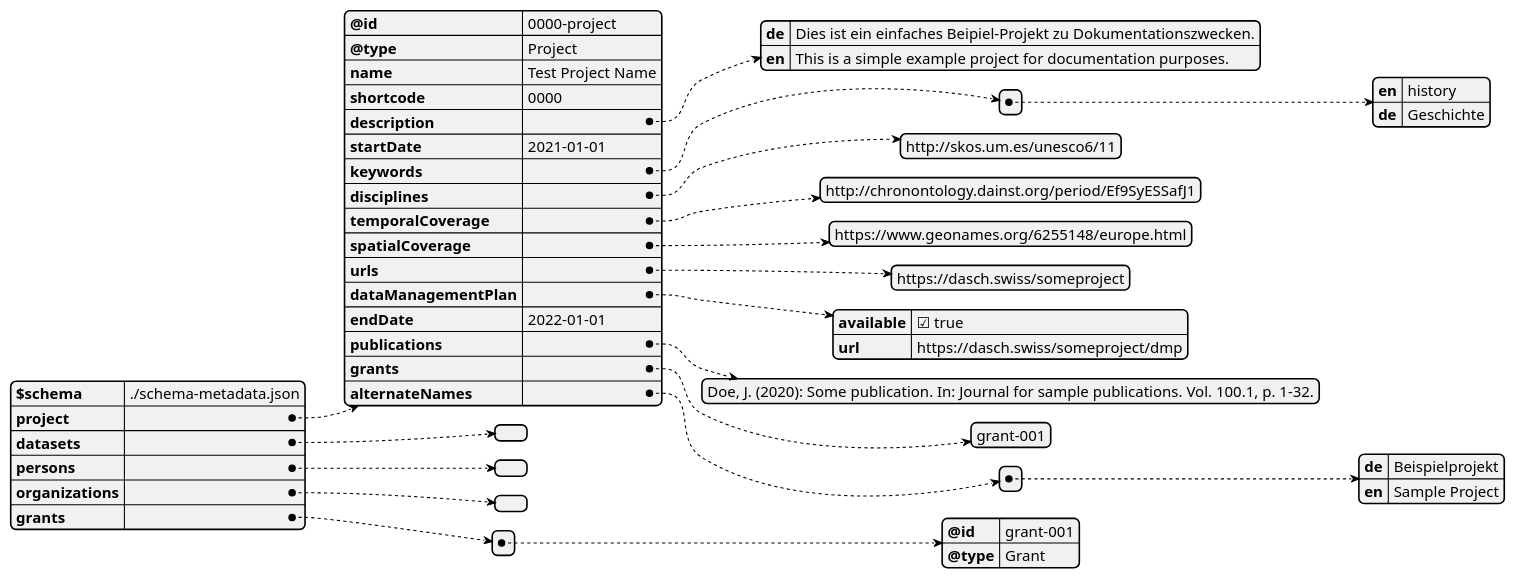
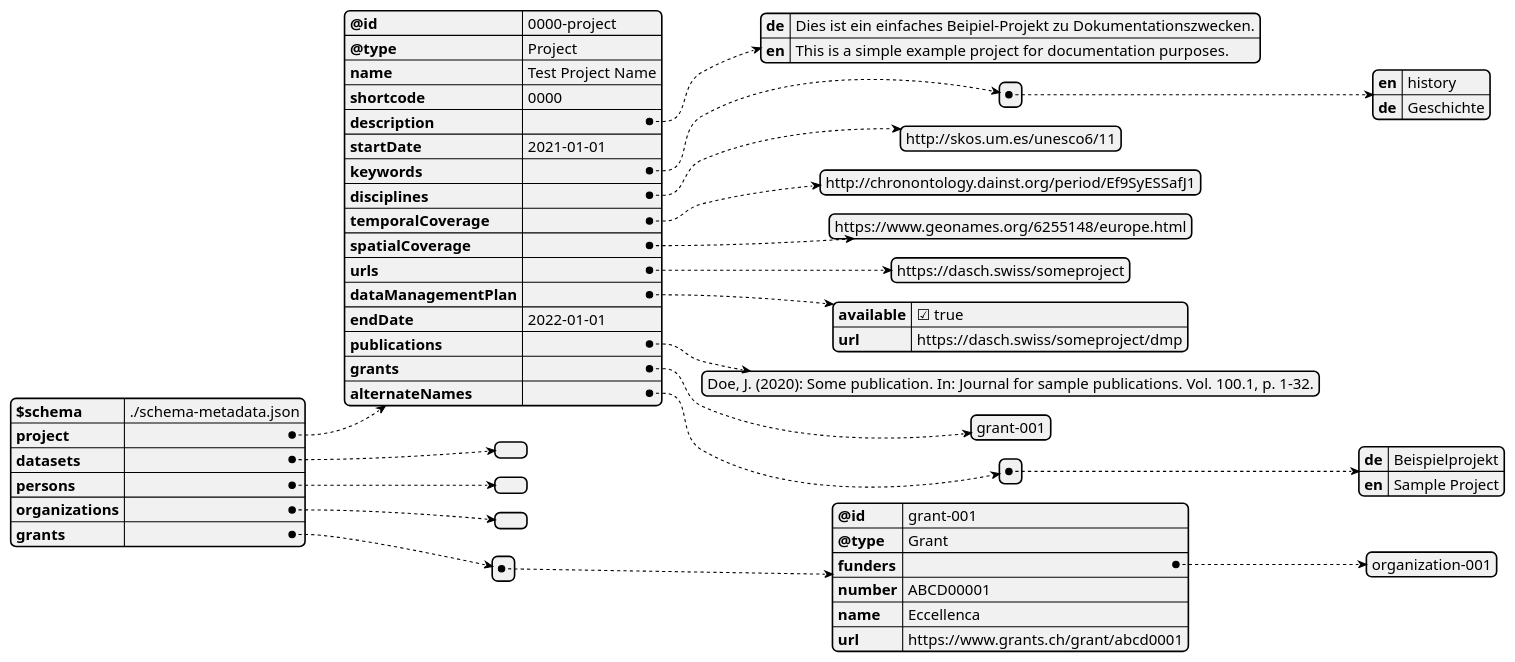
One commit to dasch-swiss/dasch-service-platform changed the diagram in docs/services/metadata/api-example.puml. Above: the diagram before and after it, drawn with PlantUML. The commit also changed 3 other files, not shown here.

Commit message:
docs(metadata): api definition for type grant

```diff
--- a/docs/services/metadata/api-example.puml
+++ b/docs/services/metadata/api-example.puml
@@ -1,63 +1,70 @@
 @startjson API-Example
 
 {
   "$schema": "./schema-metadata.json",
   "project": {
     "@id": "0000-project",
     "@type": "Project",
     "name": "Test Project Name",
     "shortcode": "0000",
     "description": {
       "de": "Dies ist ein einfaches Beipiel-Projekt zu Dokumentationszwecken.",
       "en": "This is a simple example project for documentation purposes."
     },
     "startDate": "2021-01-01",
     "keywords": [
       {
         "en": "history",
         "de": "Geschichte"
       }
     ],
     "disciplines": [
       "http://skos.um.es/unesco6/11"
     ],
     "temporalCoverage": [
       "http://chronontology.dainst.org/period/Ef9SyESSafJ1"
     ],
     "spatialCoverage": [
       "https://www.geonames.org/6255148/europe.html"
     ],
     "urls": [
       "https://dasch.swiss/someproject"
     ],
     "dataManagementPlan": {
       "available": true,
       "url": "https://dasch.swiss/someproject/dmp"
     },
     "endDate": "2022-01-01",
     "publications": [
       "Doe, J. (2020): Some publication. In: Journal for sample publications. Vol. 100.1, p. 1-32."
     ],
     "grants": [
       "grant-001"
     ],
     "alternateNames": [
       {
         "de": "Beispielprojekt",
         "en": "Sample Project"
       }
     ]
   },
   "datasets": [],
   "persons": [],
   "organizations": [],
   "grants": [
     {
       "@id": "grant-001",
-      "@type": "Grant"
+      "@type": "Grant",
+      "funders": [
+        "organization-001"
+      ],
+      "number": "ABCD00001",
+      "name": "Eccellenca",
+      "url": "https://www.grants.ch/grant/abcd0001"
     }
   ]
 }
 
 
+
 @endjson
```
